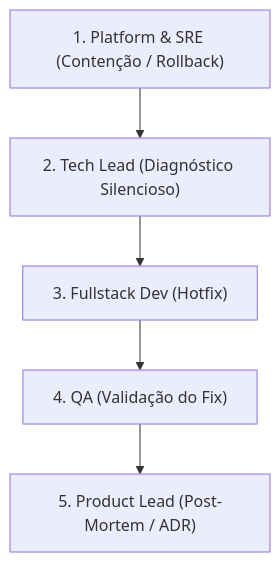
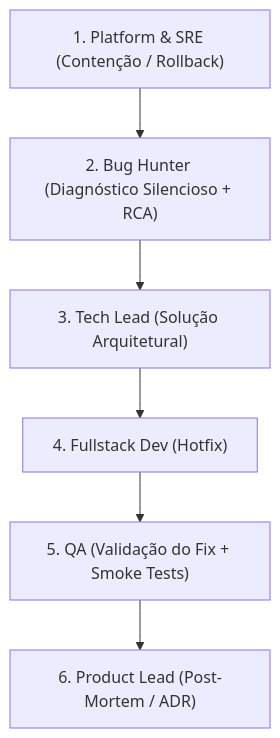
One commit to andersonigarcia/frontend_doxologos changed the diagram in .squad/workflows/incident_response.md. Above: the diagram before and after it, drawn with Mermaid. The commit also changed other lines of this file and 11 other files, not shown here.

````diff
--- a/.squad/workflows/incident_response.md
+++ b/.squad/workflows/incident_response.md
@@ -14,7 +14,8 @@
 ```mermaid
 flowchart TD
-    A["1. Platform & SRE (Contenção / Rollback)"] --> B["2. Tech Lead (Diagnóstico Silencioso)"]
-    B --> C["3. Fullstack Dev (Hotfix)"]
-    C --> D["4. QA (Validação do Fix)"]
-    D --> E["5. Product Lead (Post-Mortem / ADR)"]
+    A["1. Platform & SRE (Contenção / Rollback)"] --> B["2. Bug Hunter (Diagnóstico Silencioso + RCA)"]
+    B --> C["3. Tech Lead (Solução Arquitetural)"]
+    C --> D["4. Fullstack Dev (Hotfix)"]
+    D --> E["5. QA (Validação do Fix + Smoke Tests)"]
+    E --> F["6. Product Lead (Post-Mortem / ADR)"]
 ```
````
